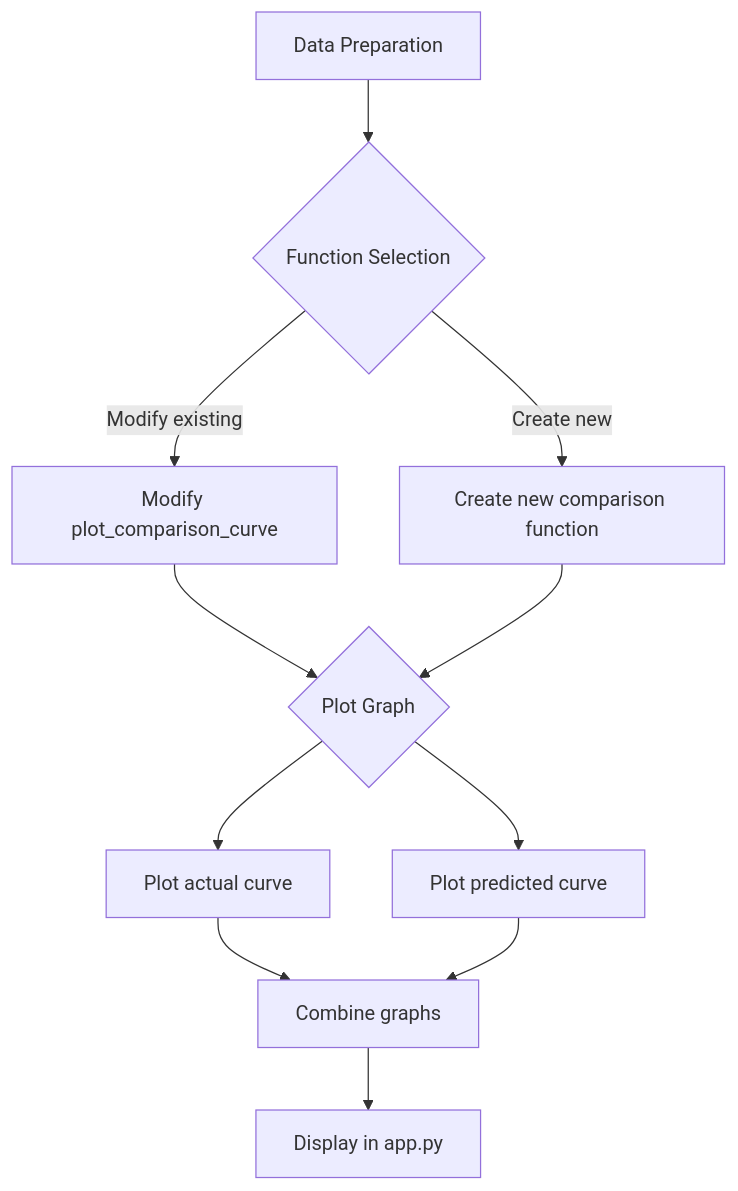
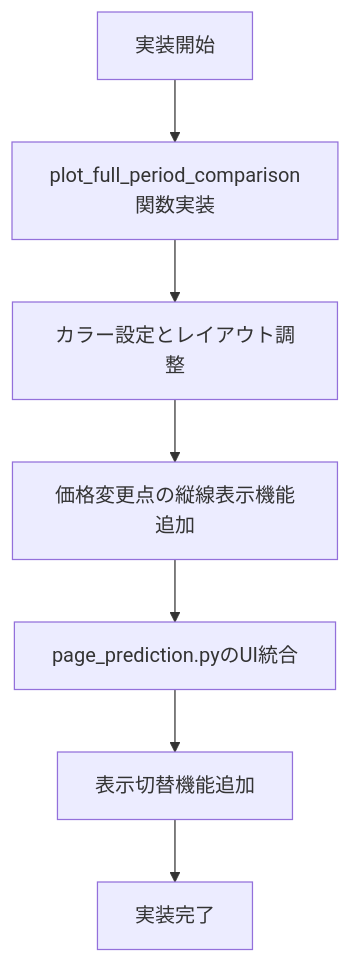
The first of 3 diagrams in next_steps.md (RyosukeTanaka/toyota-lecture), drawn with Mermaid before and after one commit. The commit also changed other lines of this file, not shown here.

````diff
--- a/next_steps.md
+++ b/next_steps.md
@@ -14,13 +91,9 @@
 ```mermaid
 graph TD
-    A[Data Preparation] --> B{Function Selection}
-    B -- Modify existing --> C[Modify plot_comparison_curve]
-    B -- Create new --> D[Create new comparison function]
-    C --> E{Plot Graph}
-    D --> E
-    E --> F[Plot actual curve]
-    E --> G[Plot predicted curve]
-    F --> H[Combine graphs]
-    G --> H
-    H --> I[Display in app.py]
+    A[実装開始] --> B[plot_full_period_comparison関数実装]
+    B --> C[カラー設定とレイアウト調整]
+    C --> D[価格変更点の縦線表示機能追加]
+    D --> E[page_prediction.pyのUI統合]
+    E --> F[表示切替機能追加]
+    F --> G[実装完了]
 ```
````
